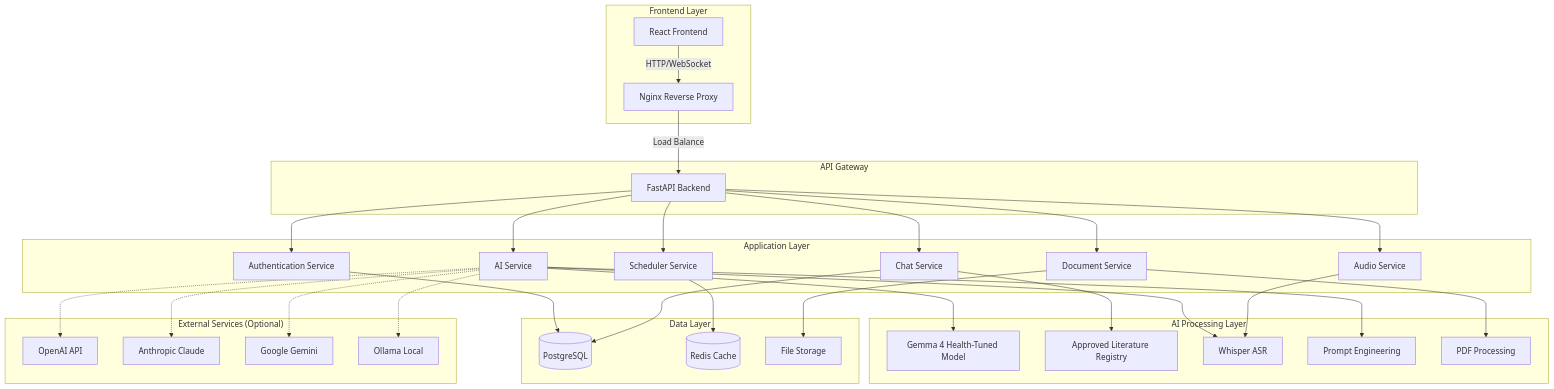
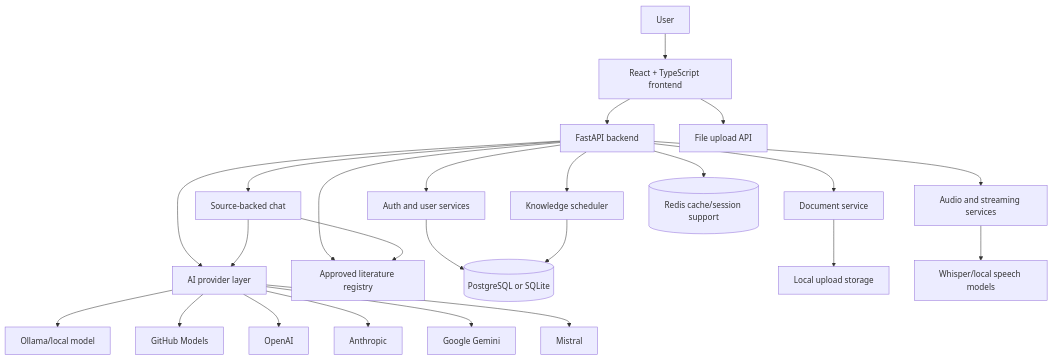
The first of 4 diagrams in docs/ARCHITECTURE.md (JohnThre/LLB), drawn with Mermaid before and after one commit. The commit also changed other lines of this file and 8 other files, not shown here.

Commit message:
docs: refresh documentation and diagrams

````diff
--- a/docs/ARCHITECTURE.md
+++ b/docs/ARCHITECTURE.md
@@ -9,43 +9,30 @@
 ```mermaid
-graph TB
-    subgraph "Frontend Layer"
-        UI[React Frontend]
-        UI --> |HTTP/WebSocket| NGINX[Nginx Reverse Proxy]
-    end
-    
-    subgraph "API Gateway"
-        NGINX --> |Load Balance| API[FastAPI Backend]
-    end
-    
-    subgraph "Application Layer"
-        API --> AUTH[Authentication Service]
-        API --> CHAT[Chat Service]
-        API --> AI[AI Service]
-        API --> AUDIO[Audio Service]
-        API --> DOC[Document Service]
-        API --> SCHED[Scheduler Service]
-    end
-    
-    subgraph "AI Processing Layer"
-        AI --> GEMMA[Gemma 4 Health-Tuned Model]
-        CHAT --> LIT[Approved Literature Registry]
-        AI --> WHISPER[Whisper ASR]
-        AI --> PROMPT[Prompt Engineering]
-        AUDIO --> WHISPER
-        DOC --> PDF[PDF Processing]
-    end
-    
-    subgraph "Data Layer"
-        AUTH --> DB[(PostgreSQL)]
-        CHAT --> DB
-        SCHED --> REDIS[(Redis Cache)]
-        DOC --> FILES[File Storage]
-    end
-    
-    subgraph "External Services (Optional)"
-        AI -.-> OPENAI[OpenAI API]
-        AI -.-> CLAUDE[Anthropic Claude]
-        AI -.-> GOOGLE[Google Gemini]
-        AI -.-> OLLAMA[Ollama Local]
-    end
+flowchart TB
+    user[User] --> ui[React + TypeScript frontend]
+    ui --> api[FastAPI backend]
+    ui --> files[File upload API]
+
+    api --> auth[Auth and user services]
+    api --> chat[Source-backed chat]
+    api --> ai[AI provider layer]
+    api --> audio[Audio and streaming services]
+    api --> docs[Document service]
+    api --> knowledge[Knowledge scheduler]
+    api --> literature[Approved literature registry]
+
+    auth --> db[(PostgreSQL or SQLite)]
+    chat --> literature
+    chat --> ai
+    knowledge --> db
+    docs --> storage[Local upload storage]
+    audio --> whisper[Whisper/local speech models]
+
+    ai --> ollama[Ollama/local model]
+    ai --> github[GitHub Models]
+    ai --> openai[OpenAI]
+    ai --> anthropic[Anthropic]
+    ai --> gemini[Google Gemini]
+    ai --> mistral[Mistral]
+
+    api --> redis[(Redis cache/session support)]
 ```
````
